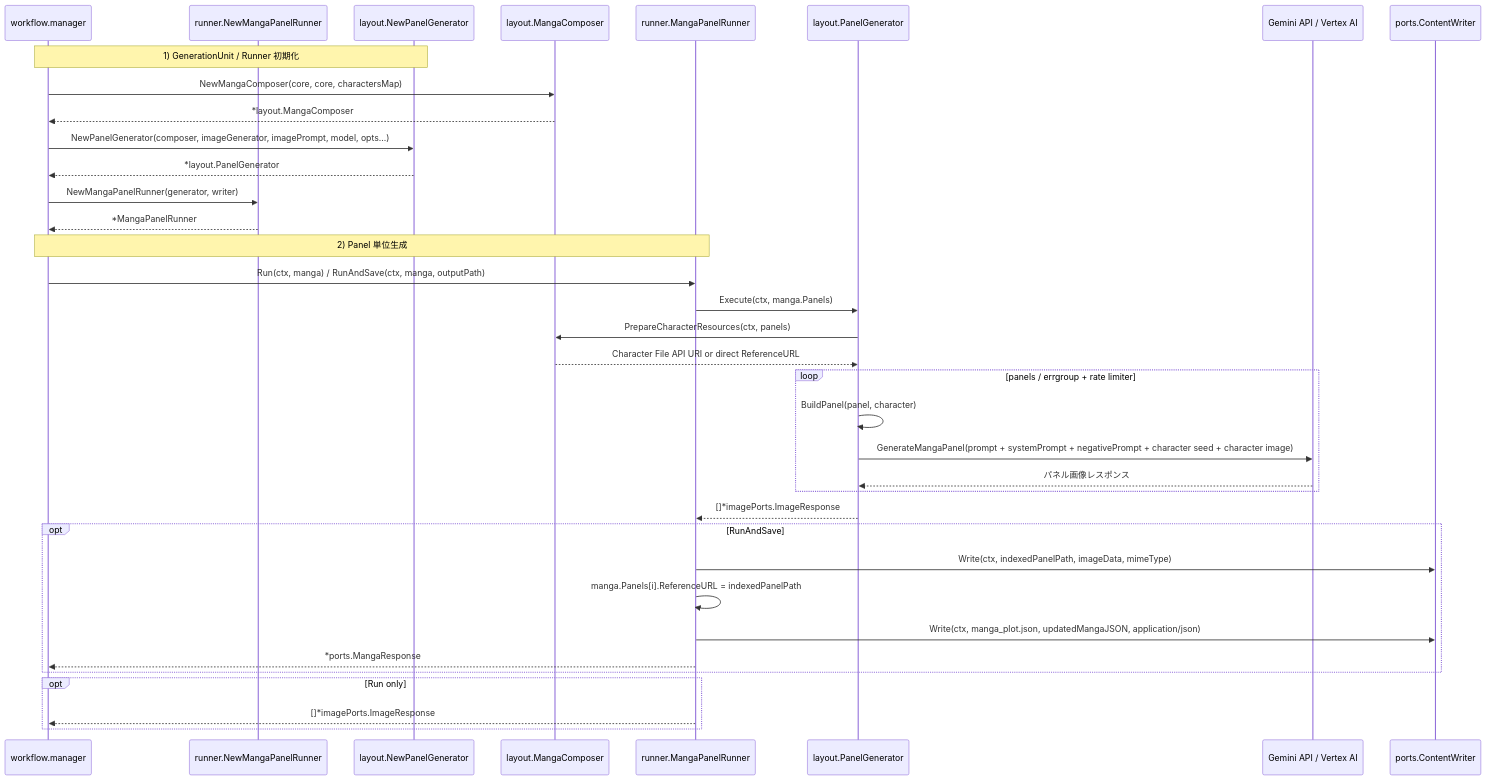
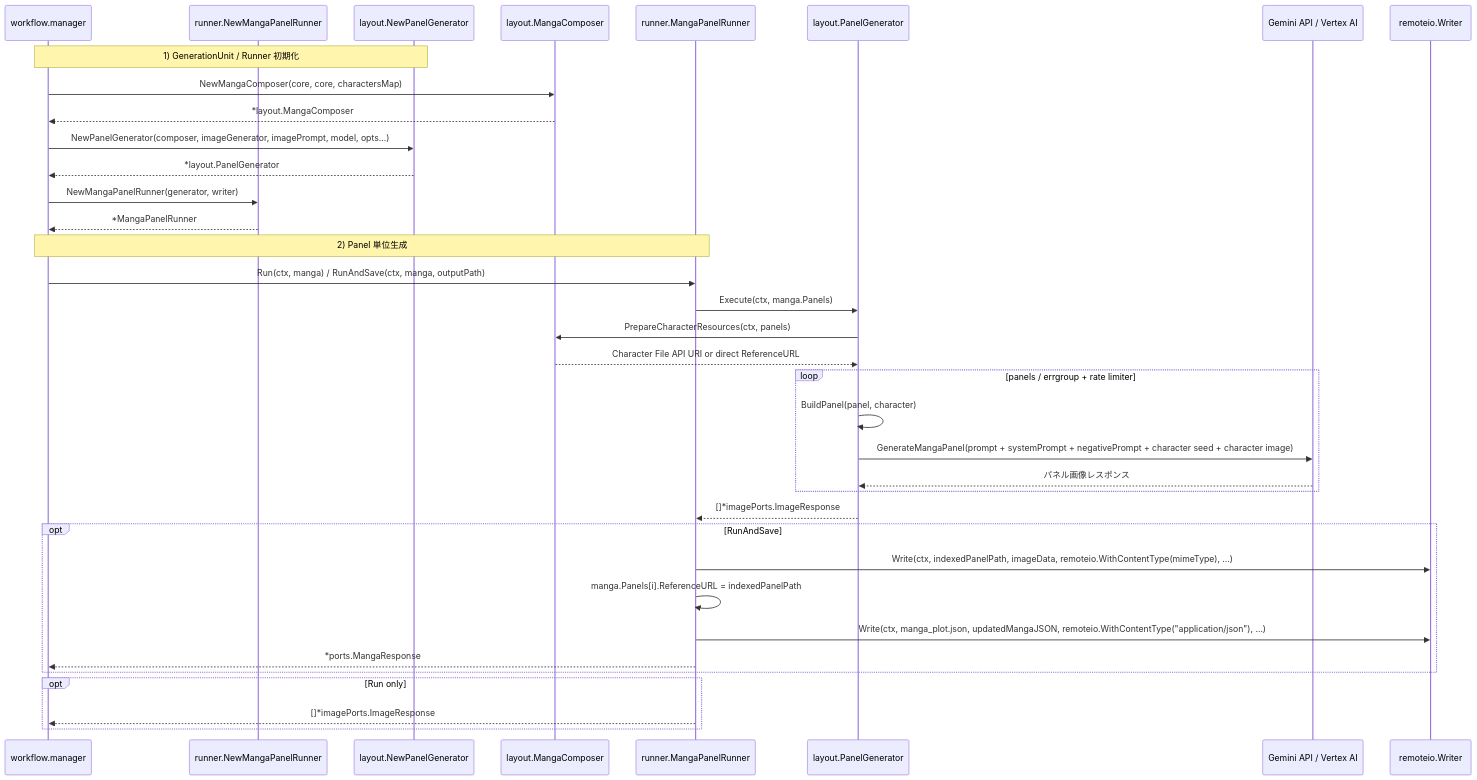
Before and after one commit to shouni/go-manga-kit: the first of 2 diagrams in README.md, drawn with Mermaid. The commit also changed other lines of this file and 9 other files, not shown here.

Commit message:
Chore: Replace `ContentWriter` with `remoteio.Writer`, refactor content writing methods to support optional parameters, update dependencies, and revise README diagrams accordingly.

````diff
--- a/README.md
+++ b/README.md
@@ -69,45 +69,45 @@
 ```mermaid
 sequenceDiagram
   participant WF as workflow.manager
   participant PFactory as runner.NewMangaPanelRunner
   participant LPanel as layout.NewPanelGenerator
   participant Composer as layout.MangaComposer
   participant PanelRunner as runner.MangaPanelRunner
   participant PanelGen as layout.PanelGenerator
   participant API as Gemini API / Vertex AI
-  participant Writer as ports.ContentWriter
+  participant Writer as remoteio.Writer
 
   Note over WF,LPanel: 1) GenerationUnit / Runner 初期化
   WF->>Composer: NewMangaComposer(core, core, charactersMap)
   Composer-->>WF: *layout.MangaComposer
   WF->>LPanel: NewPanelGenerator(composer, imageGenerator, imagePrompt, model, opts...)
   LPanel-->>WF: *layout.PanelGenerator
   WF->>PFactory: NewMangaPanelRunner(generator, writer)
   PFactory-->>WF: *MangaPanelRunner
 
   Note over WF,PanelRunner: 2) Panel 単位生成
   WF->>PanelRunner: Run(ctx, manga) / RunAndSave(ctx, manga, outputPath)
   PanelRunner->>PanelGen: Execute(ctx, manga.Panels)
   PanelGen->>Composer: PrepareCharacterResources(ctx, panels)
   Composer-->>PanelGen: Character File API URI or direct ReferenceURL
 
   loop panels / errgroup + rate limiter
     PanelGen->>PanelGen: BuildPanel(panel, character)
     PanelGen->>API: GenerateMangaPanel(prompt + systemPrompt + negativePrompt + character seed + character image)
     API-->>PanelGen: パネル画像レスポンス
   end
 
   PanelGen-->>PanelRunner: []*imagePorts.ImageResponse
 
   opt RunAndSave
-    PanelRunner->>Writer: Write(ctx, indexedPanelPath, imageData, mimeType)
+    PanelRunner->>Writer: Write(ctx, indexedPanelPath, imageData, remoteio.WithContentType(mimeType), ...)
     PanelRunner->>PanelRunner: manga.Panels[i].ReferenceURL = indexedPanelPath
-    PanelRunner->>Writer: Write(ctx, manga_plot.json, updatedMangaJSON, application/json)
+    PanelRunner->>Writer: Write(ctx, manga_plot.json, updatedMangaJSON, remoteio.WithContentType("application/json"), ...)
     PanelRunner-->>WF: *ports.MangaResponse
   end
 
   opt Run only
     PanelRunner-->>WF: []*imagePorts.ImageResponse
   end
 
 ```
````
